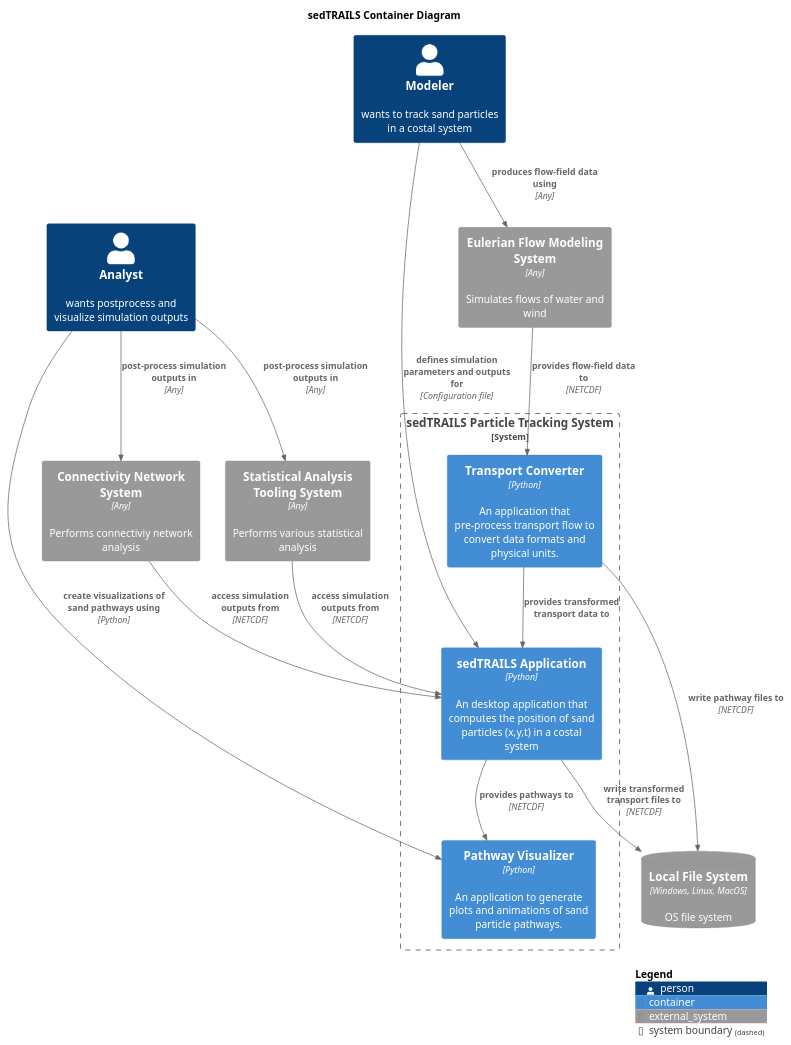
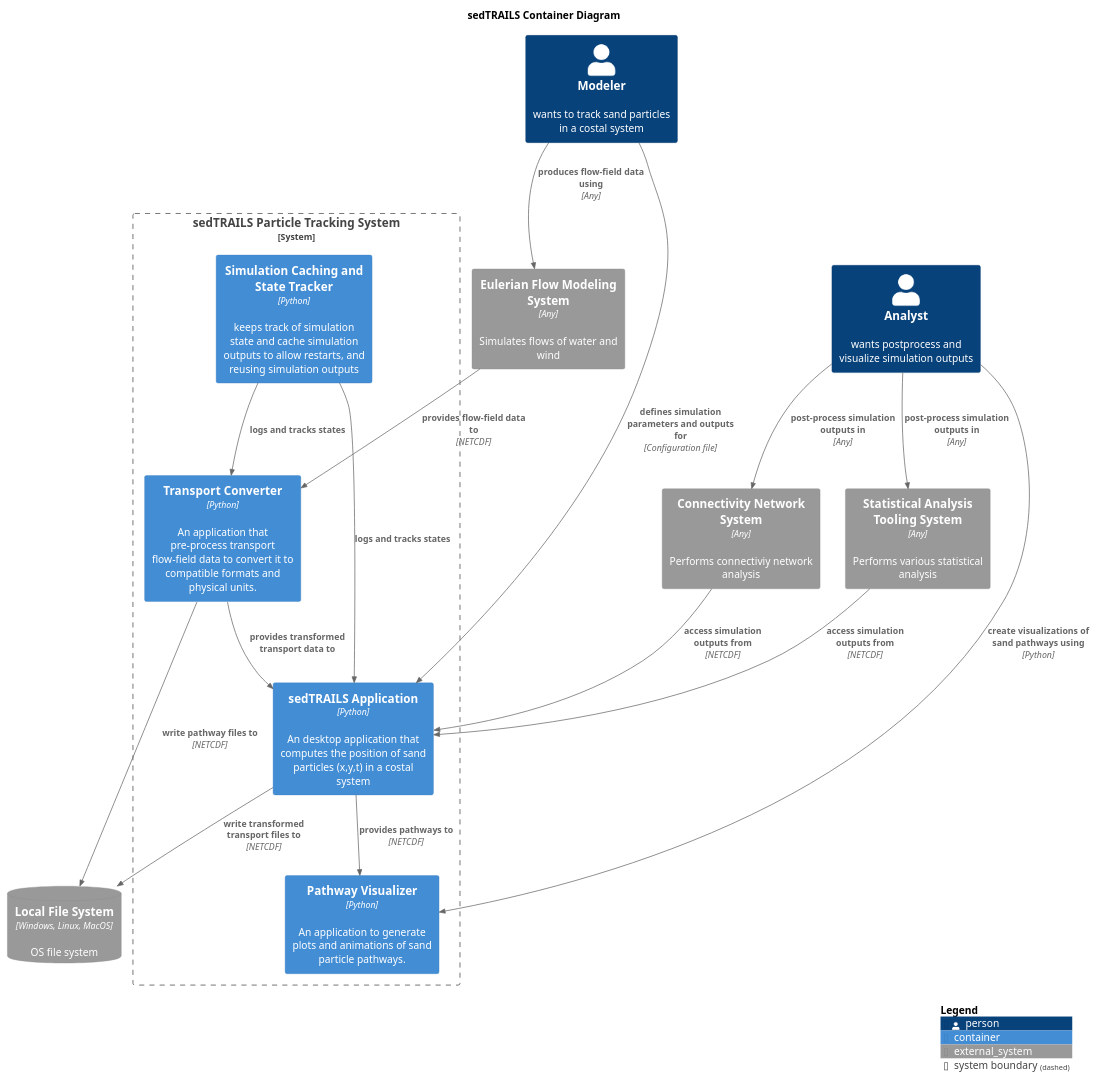
The diagram in diagrams/containers.puml (sgpearson17/sedtrails-sgp), drawn with PlantUML before and after one commit.

Commit message:
include caching container

```diff
--- a/diagrams/containers.puml
+++ b/diagrams/containers.puml
@@ -1,42 +1,45 @@
 @startuml SedtrailContainer
 !include <C4/C4_Container>
 
 title sedTRAILS Container Diagram
 ' scale 2
 
 ' LAYOUT_LEFT_RIGHT()
 ' LAYOUT_LANDSCAPE()
 
 Person(modeler, "Modeler", "wants to track sand particles in a costal system")
 Person(analyst, "Analyst", "wants postprocess and visualize simulation outputs")
 
 System_Boundary(sedtrailsSystem, "sedTRAILS Particle Tracking System"){ 
     Container(sedtrailsApp, "sedTRAILS Application", "Python", "An desktop application that computes the position of sand particles (x,y,t) in a costal system")
-    Container(transportConverter, "Transport Converter", "Python", "An application that pre-process transport flow to convert data formats and physical units.")
+    Container(transportConverter, "Transport Converter", "Python", "An application that pre-process transport flow-field data to convert it to compatible formats and physical units.")
     Container(pathwayVisualizer, "Pathway Visualizer", "Python", "An application to generate plots and animations of sand particle pathways.")
+    Container(cache, "Simulation Caching and State Tracker", "Python", "keeps track of simulation state and cache simulation outputs to allow restarts, and reusing simulation outputs")
     
     Rel(transportConverter, sedtrailsApp, "provides transformed transport data to")
     Rel(sedtrailsApp, pathwayVisualizer, "provides pathways to", "NETCDF")
+    Rel(cache, sedtrailsApp,  "logs and tracks states")
+    Rel( cache, transportConverter, "logs and tracks states")
 }
 
 System_Ext(flowSystem, "Eulerian Flow Modeling System", "Simulates flows of water and wind", $type="Any")
 System_Ext(connectivityNetworkSys, "Connectivity Network System", "Performs connectiviy network analysis", $type="Any")
 System_Ext(statisticsSys, "Statistical Analysis Tooling System", "Performs various statistical analysis", $type="Any")
 
 SystemDb_Ext(fileSystem, "Local File System", "OS file system", $type="Windows, Linux, MacOS")
 Rel(sedtrailsApp, fileSystem, "write transformed transport files to", "NETCDF")
 Rel(transportConverter, fileSystem, "write pathway files to", "NETCDF")
 
 Rel(modeler, sedtrailsApp, "defines simulation parameters and outputs for", "Configuration file")
 Rel(connectivityNetworkSys, sedtrailsApp, "access simulation outputs from", "NETCDF")
 Rel(statisticsSys, sedtrailsApp, "access simulation outputs from", "NETCDF")
 Rel(analyst, pathwayVisualizer, "create visualizations of sand pathways using", "Python")
 Rel(analyst, connectivityNetworkSys, "post-process simulation outputs in", "Any")
 Rel(analyst, statisticsSys, "post-process simulation outputs in", "Any")
 
 Rel(modeler, flowSystem, "produces flow-field data using", "Any")
 Rel(flowSystem, transportConverter, "provides flow-field data to ", "NETCDF")
 
 
 SHOW_LEGEND()
 @enduml
```
